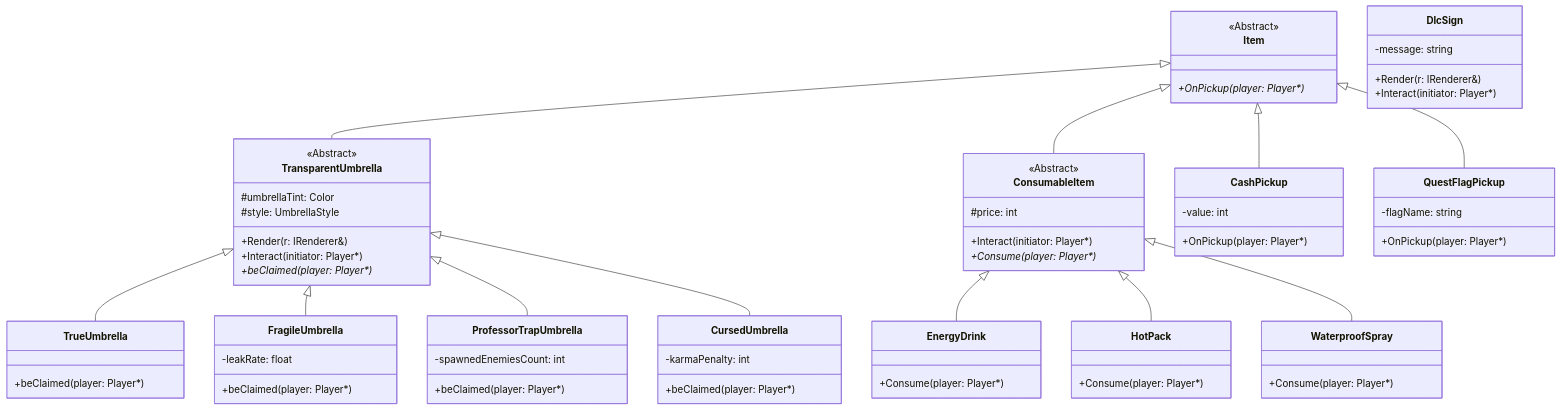
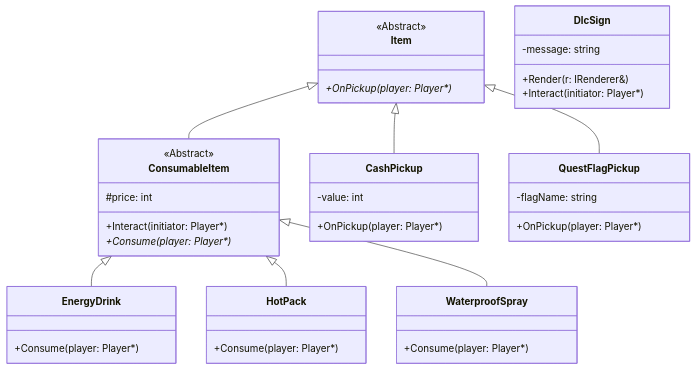
The fourth of 12 diagrams in docs/UML.md (jiangjiangian/ultraplan-sync), drawn with Mermaid before and after one commit. The commit also changed other lines of this file and 16 other files, not shown here.

````diff
--- a/docs/UML.md
+++ b/docs/UML.md
@@ -193,71 +237,42 @@
 ```mermaid
 classDiagram
     direction TB
     class Item {
         <<Abstract>>
         +OnPickup(player: Player*)*
-    }
-    class TransparentUmbrella {
-        <<Abstract>>
-        #umbrellaTint: Color
-        #style: UmbrellaStyle
-        +Render(r: IRenderer&)
-        +Interact(initiator: Player*)
-        +beClaimed(player: Player*)*
-    }
-    class TrueUmbrella {
-        +beClaimed(player: Player*)
-    }
-    class FragileUmbrella {
-        -leakRate: float
-        +beClaimed(player: Player*)
-    }
-    class ProfessorTrapUmbrella {
-        -spawnedEnemiesCount: int
-        +beClaimed(player: Player*)
-    }
-    class CursedUmbrella {
-        -karmaPenalty: int
-        +beClaimed(player: Player*)
     }
     class ConsumableItem {
         <<Abstract>>
         #price: int
         +Interact(initiator: Player*)
         +Consume(player: Player*)*
     }
     class EnergyDrink {
         +Consume(player: Player*)
     }
     class HotPack {
         +Consume(player: Player*)
     }
     class WaterproofSpray {
         +Consume(player: Player*)
     }
     class CashPickup {
         -value: int
         +OnPickup(player: Player*)
     }
     class QuestFlagPickup {
         -flagName: string
         +OnPickup(player: Player*)
     }
     class DlcSign {
         -message: string
         +Render(r: IRenderer&)
         +Interact(initiator: Player*)
     }
-
-    Item <|-- TransparentUmbrella
     Item <|-- ConsumableItem
     Item <|-- CashPickup
     Item <|-- QuestFlagPickup
-    TransparentUmbrella <|-- TrueUmbrella
-    TransparentUmbrella <|-- FragileUmbrella
-    TransparentUmbrella <|-- ProfessorTrapUmbrella
-    TransparentUmbrella <|-- CursedUmbrella
     ConsumableItem <|-- EnergyDrink
     ConsumableItem <|-- HotPack
     ConsumableItem <|-- WaterproofSpray
 ```
````
